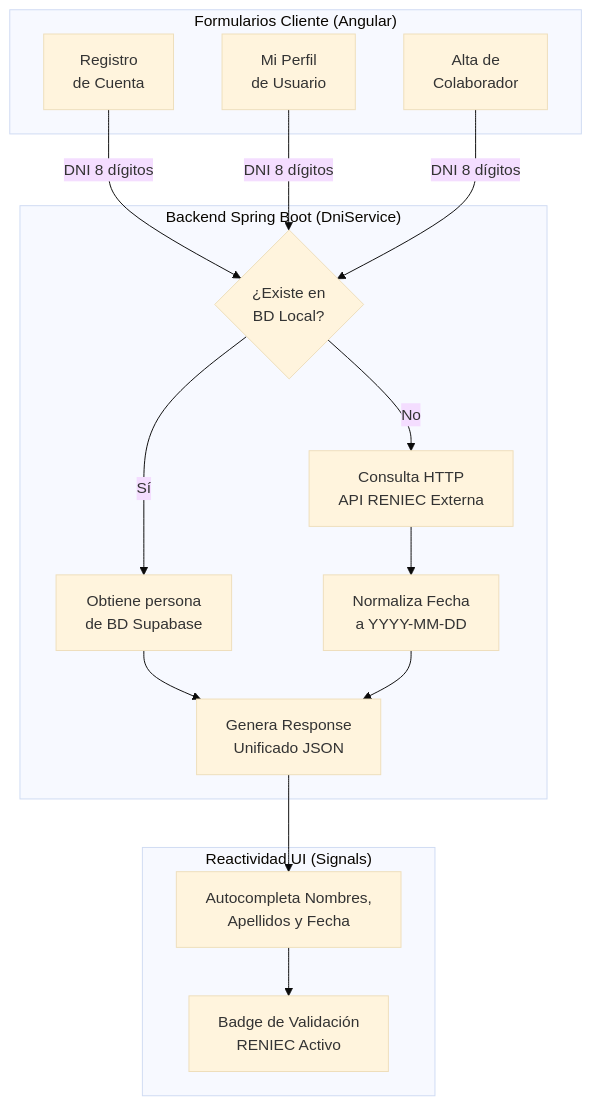
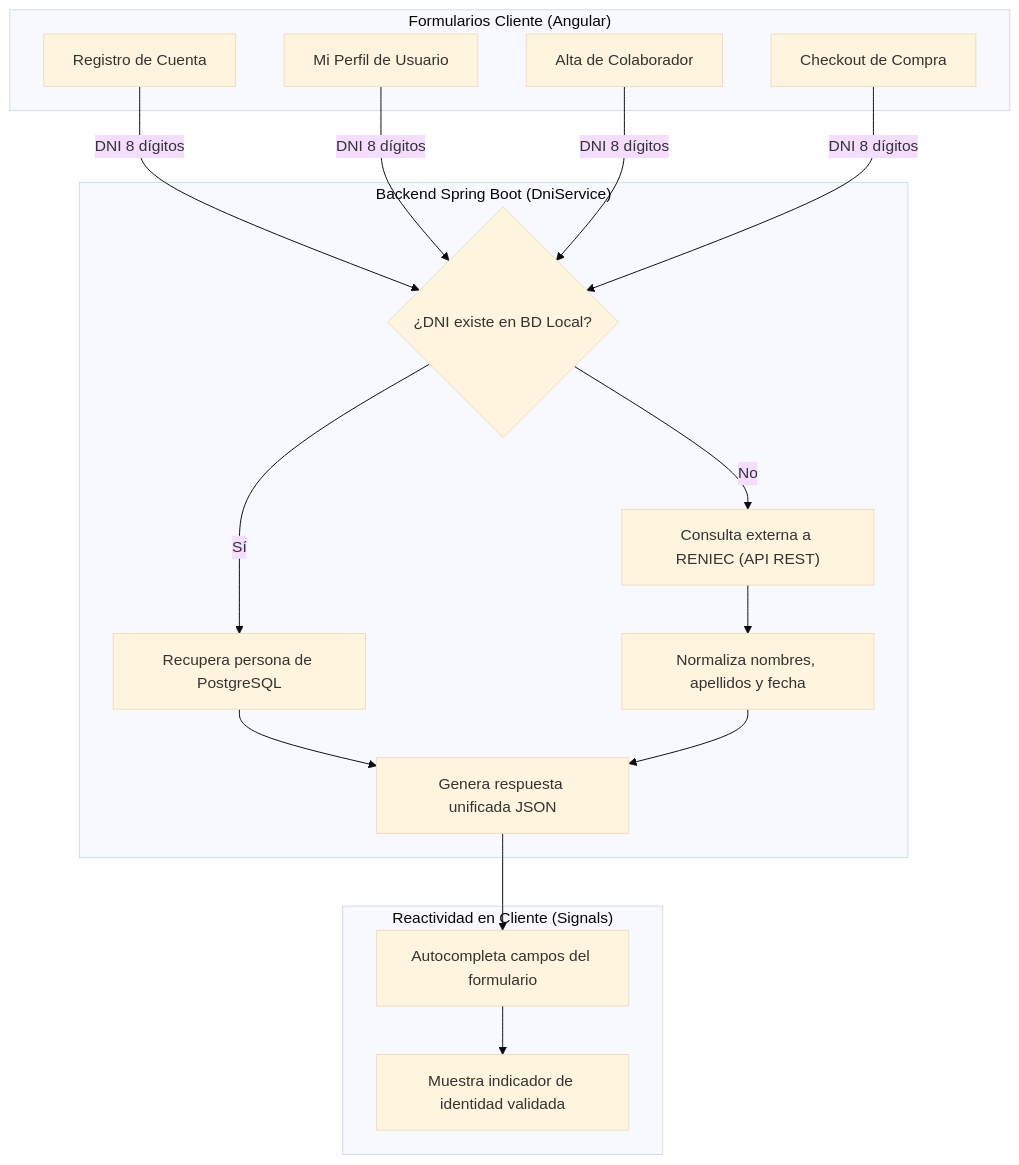
One commit to MrCarlos17A/TechZone changed the sixth of 6 diagrams in README.md. Above: the diagram before and after it, drawn with Mermaid (base theme). The commit also changed other lines of this file, not shown here.

````diff
--- a/README.md
+++ b/README.md
@@ -193,30 +246,32 @@
 ```mermaid
 flowchart TD
     subgraph UI["Formularios Cliente (Angular)"]
-        F_REG["Registro<br/>de Cuenta"]
-        F_PERF["Mi Perfil<br/>de Usuario"]
-        F_COLAB["Alta de<br/>Colaborador"]
+        F_REG["Registro de Cuenta"]
+        F_PERF["Mi Perfil de Usuario"]
+        F_COLAB["Alta de Colaborador"]
+        F_CHECKOUT["Checkout de Compra"]
     end
 
     subgraph BACK["Backend Spring Boot (DniService)"]
-        CACHE{"¿Existe en<br/>BD Local?"}
-        DB_HIT["Obtiene persona<br/>de BD Supabase"]
-        API_CALL["Consulta HTTP<br/>API RENIEC Externa"]
-        NORM["Normaliza Fecha<br/>a YYYY-MM-DD"]
-        DTO["Genera Response<br/>Unificado JSON"]
+        CACHE{"¿DNI existe en BD Local?"}
+        DB_HIT["Recupera persona de PostgreSQL"]
+        API_CALL["Consulta externa a RENIEC (API REST)"]
+        NORM["Normaliza nombres, apellidos y fecha"]
+        DTO["Genera respuesta unificada JSON"]
     end
 
-    subgraph FRONT_RES["Reactividad UI (Signals)"]
-        AUTO["Autocompleta Nombres,<br/>Apellidos y Fecha"]
-        BADGE["Badge de Validación<br/>RENIEC Activo"]
+    subgraph FRONT_RES["Reactividad en Cliente (Signals)"]
+        AUTO["Autocompleta campos del formulario"]
+        BADGE["Muestra indicador de identidad validada"]
     end
 
     F_REG -->|DNI 8 dígitos| CACHE
     F_PERF -->|DNI 8 dígitos| CACHE
     F_COLAB -->|DNI 8 dígitos| CACHE
+    F_CHECKOUT -->|DNI 8 dígitos| CACHE
 
     CACHE -- Sí --> DB_HIT --> DTO
     CACHE -- No --> API_CALL --> NORM --> DTO
 
     DTO --> AUTO --> BADGE
 ```
````
